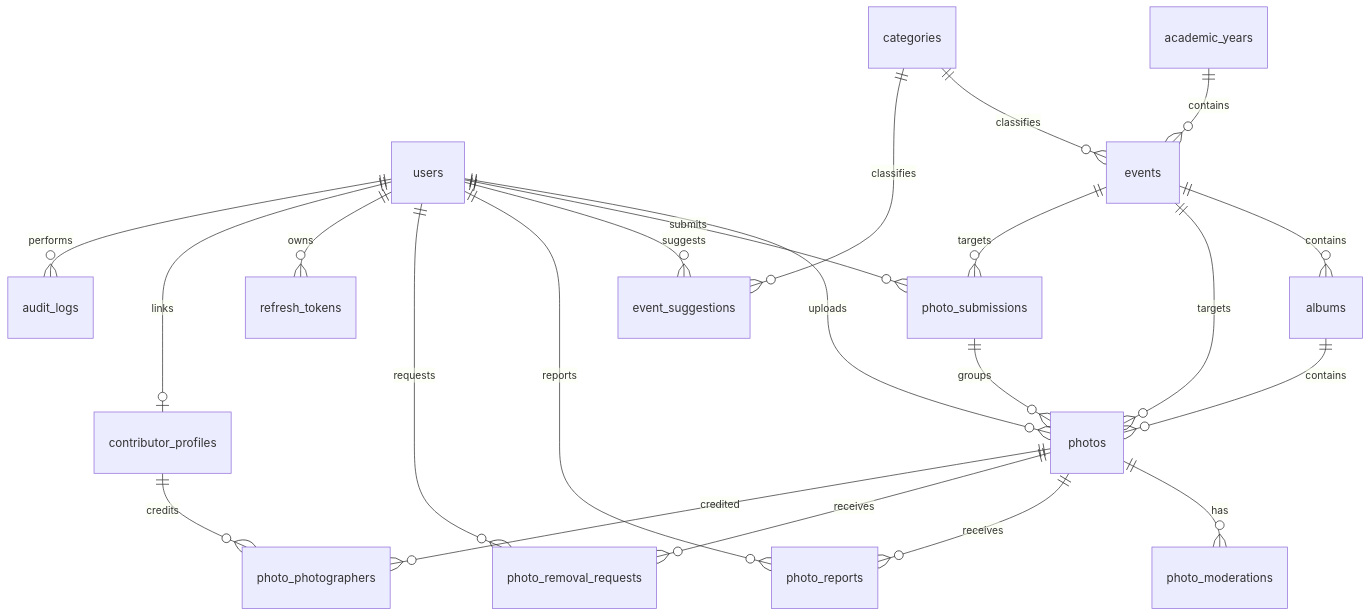
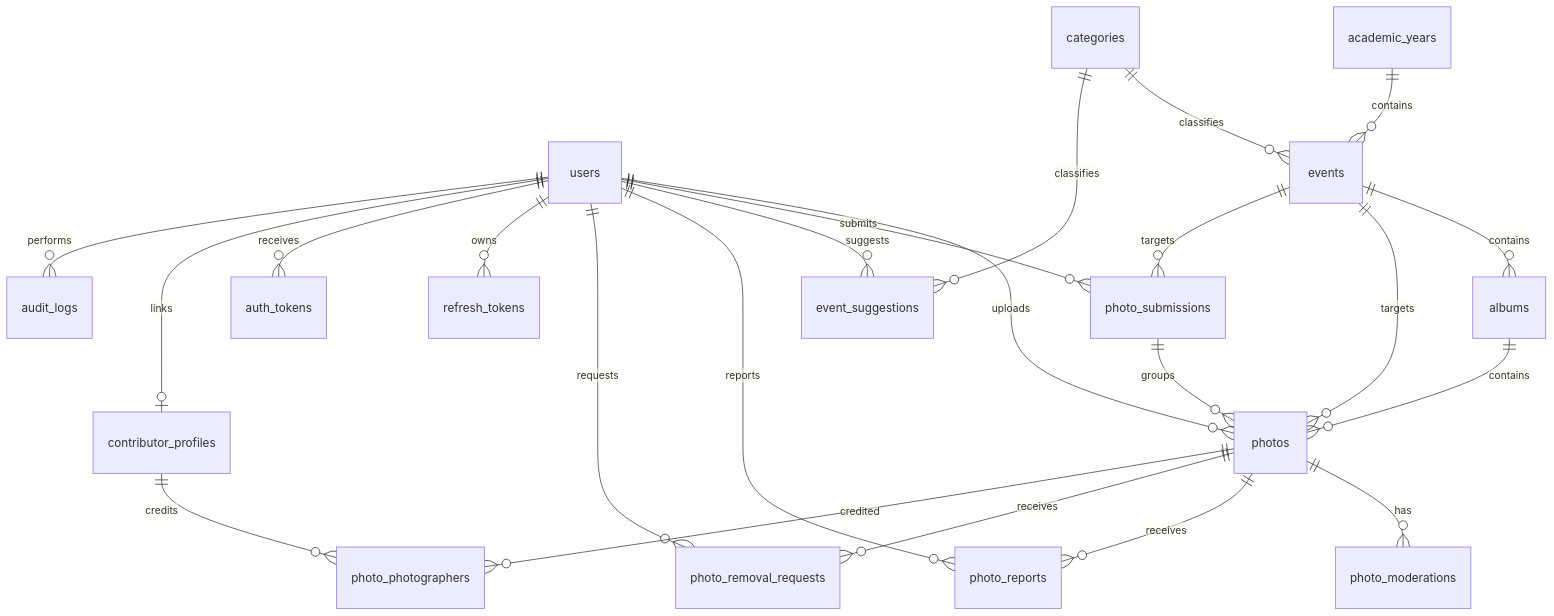
Before and after one commit to kshitij-workshop/gec-sheikhpura-archive: the diagram in docs/DATABASE.md, drawn with Mermaid. The commit also changed other lines of this file and 6 other files, not shown here.

````diff
--- a/docs/DATABASE.md
+++ b/docs/DATABASE.md
@@ -66,26 +67,27 @@
 ```mermaid
 erDiagram
     users ||--o{ photos : uploads
     users ||--o{ photo_submissions : submits
     users ||--o{ event_suggestions : suggests
     users ||--o{ photo_reports : reports
     users ||--o{ photo_removal_requests : requests
     users ||--o{ refresh_tokens : owns
+    users ||--o{ auth_tokens : receives
     users ||--o| contributor_profiles : links
     users ||--o{ audit_logs : performs
 
     academic_years ||--o{ events : contains
     categories ||--o{ events : classifies
     categories ||--o{ event_suggestions : classifies
     events ||--o{ albums : contains
     events ||--o{ photos : targets
     events ||--o{ photo_submissions : targets
     albums ||--o{ photos : contains
     photo_submissions ||--o{ photos : groups
 
     photos ||--o{ photo_moderations : has
     photos ||--o{ photo_reports : receives
     photos ||--o{ photo_removal_requests : receives
     photos ||--o{ photo_photographers : credited
     contributor_profiles ||--o{ photo_photographers : credits
 ```
````
